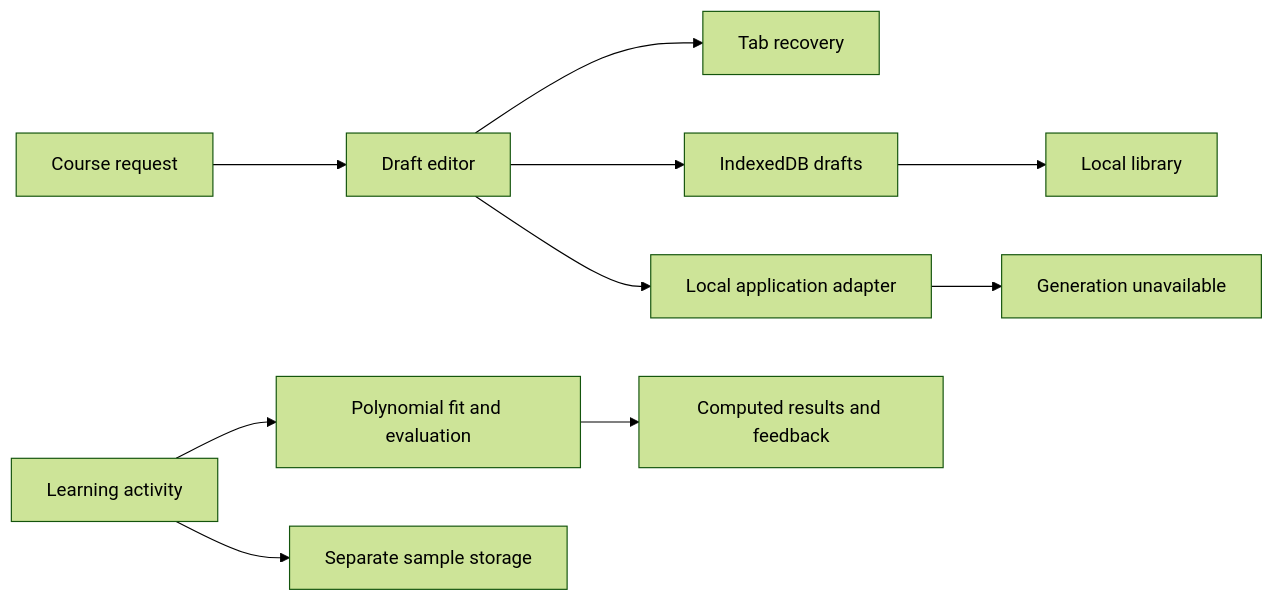
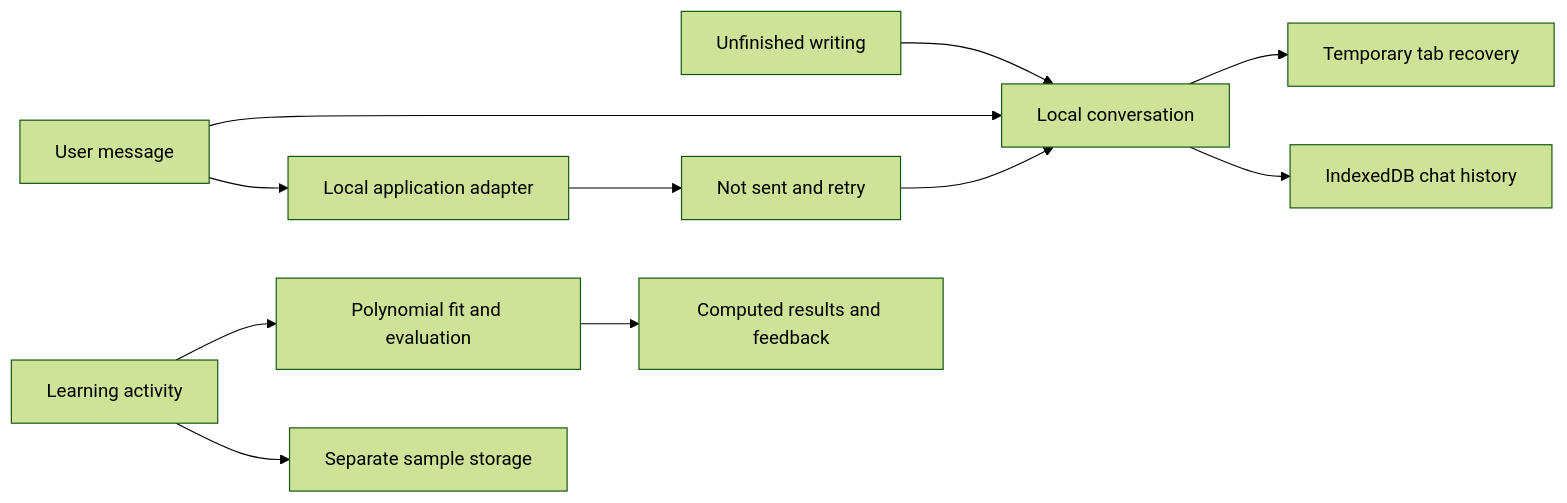
Before and after one commit to DarinaX2005X/unfurl-hackathon-ai: the diagram in README.md, drawn with Mermaid (forest theme). The commit also changed other lines of this file and 71 other files, not shown here.

````diff
--- a/README.md
+++ b/README.md
@@ -121,12 +128,13 @@
 ```mermaid
 flowchart LR
-    Request[Course request] --> Editor[Draft editor]
-    Editor --> Recovery[Tab recovery]
-    Editor --> Drafts[IndexedDB drafts]
-    Drafts --> Library[Local library]
-    Editor --> Adapter[Local application adapter]
-    Adapter --> Unavailable[Generation unavailable]
+    Writing[Unfinished writing] --> Chat[Local conversation]
+    Message[User message] --> Chat
+    Chat --> Recovery[Temporary tab recovery]
+    Chat --> History[IndexedDB chat history]
+    Message --> Adapter[Local application adapter]
+    Adapter --> Unavailable[Not sent and retry]
+    Unavailable --> Chat
     Trial[Learning activity] --> Fit[Polynomial fit and evaluation]
     Fit --> Feedback[Computed results and feedback]
     Trial --> Sample[Separate sample storage]
 ```
````
